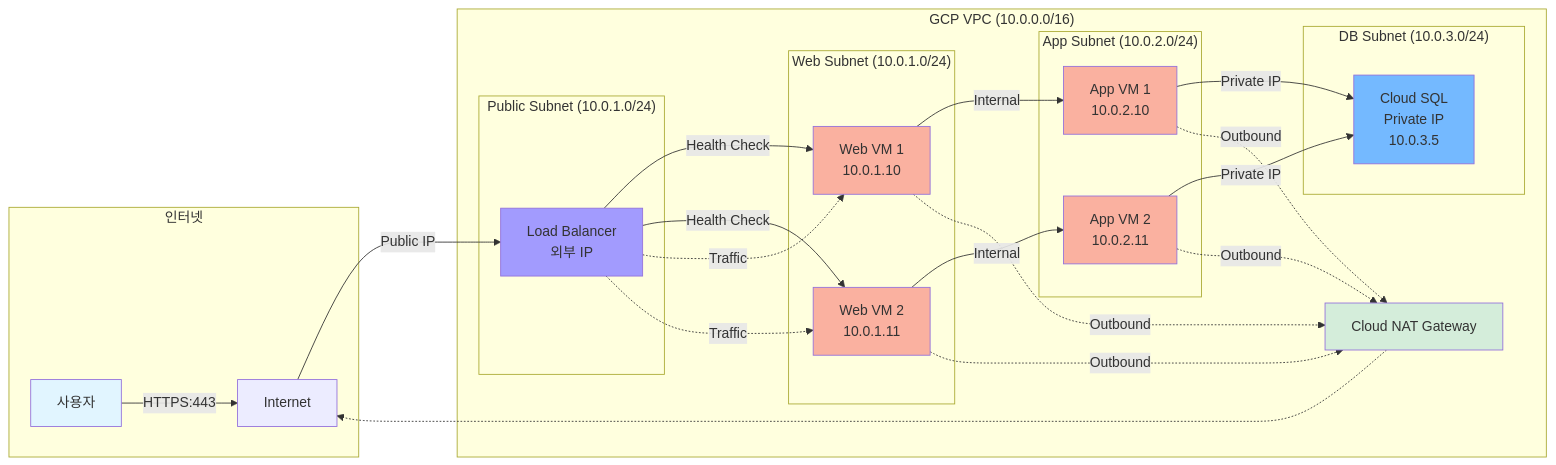
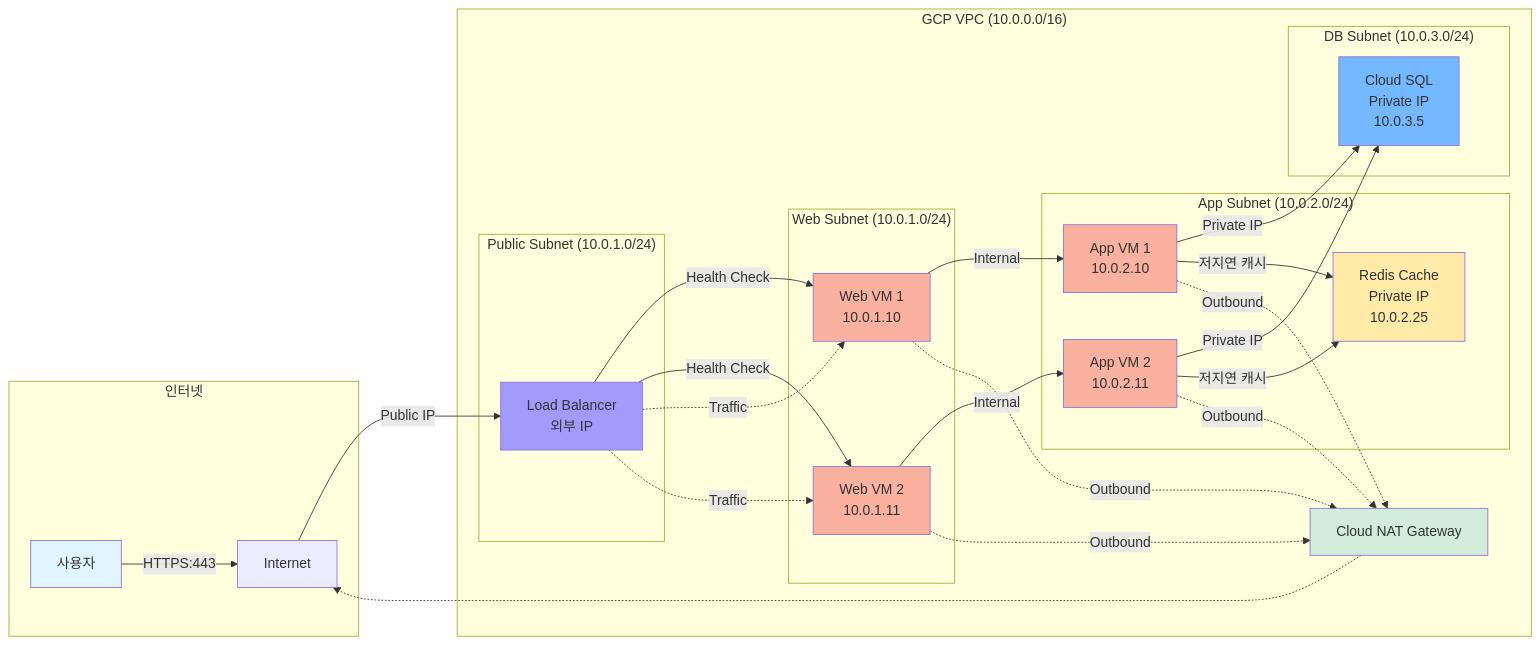
Before and after one commit to JSJ2337/GCP_terraform_code: the sixth of 9 diagrams in terraform_gcp_infra/ARCHITECTURE.md, drawn with Mermaid. The commit also changed other lines of this file and 17 other files, not shown here.

````diff
--- a/terraform_gcp_infra/ARCHITECTURE.md
+++ b/terraform_gcp_infra/ARCHITECTURE.md
@@ -333,57 +356,61 @@
 ```mermaid
 graph LR
     subgraph "인터넷"
         USER[사용자]
         INTERNET[Internet]
     end
 
     subgraph "GCP VPC (10.0.0.0/16)"
         subgraph "Public Subnet (10.0.1.0/24)"
             LB[Load Balancer<br/>외부 IP]
         end
 
         subgraph "Web Subnet (10.0.1.0/24)"
             WEB1[Web VM 1<br/>10.0.1.10]
             WEB2[Web VM 2<br/>10.0.1.11]
         end
 
         subgraph "App Subnet (10.0.2.0/24)"
             APP1[App VM 1<br/>10.0.2.10]
             APP2[App VM 2<br/>10.0.2.11]
+            CACHE[Redis Cache<br/>Private IP<br/>10.0.2.25]
         end
 
         subgraph "DB Subnet (10.0.3.0/24)"
             DB[Cloud SQL<br/>Private IP<br/>10.0.3.5]
         end
 
         NAT_GW[Cloud NAT Gateway]
     end
 
     USER -->|HTTPS:443| INTERNET
     INTERNET -->|Public IP| LB
     LB -->|Health Check| WEB1
     LB -->|Health Check| WEB2
     LB -.Traffic.-> WEB1
     LB -.Traffic.-> WEB2
 
     WEB1 -->|Internal| APP1
     WEB2 -->|Internal| APP2
 
     APP1 -->|Private IP| DB
     APP2 -->|Private IP| DB
+    APP1 -->|저지연 캐시| CACHE
+    APP2 -->|저지연 캐시| CACHE
 
     WEB1 -.Outbound.-> NAT_GW
     WEB2 -.Outbound.-> NAT_GW
     APP1 -.Outbound.-> NAT_GW
     APP2 -.Outbound.-> NAT_GW
     NAT_GW -.-> INTERNET
 
     style LB fill:#a29bfe
     style WEB1 fill:#fab1a0
     style WEB2 fill:#fab1a0
     style APP1 fill:#fab1a0
     style APP2 fill:#fab1a0
+    style CACHE fill:#ffeaa7
     style DB fill:#74b9ff
     style NAT_GW fill:#d4edda
     style USER fill:#e1f5ff
 ```
````
